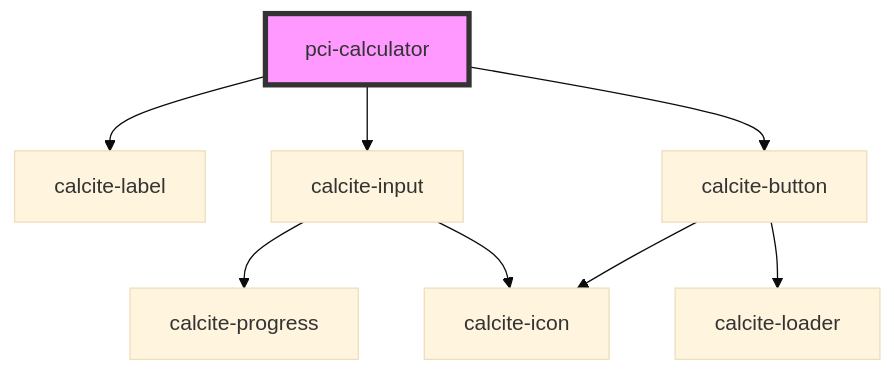
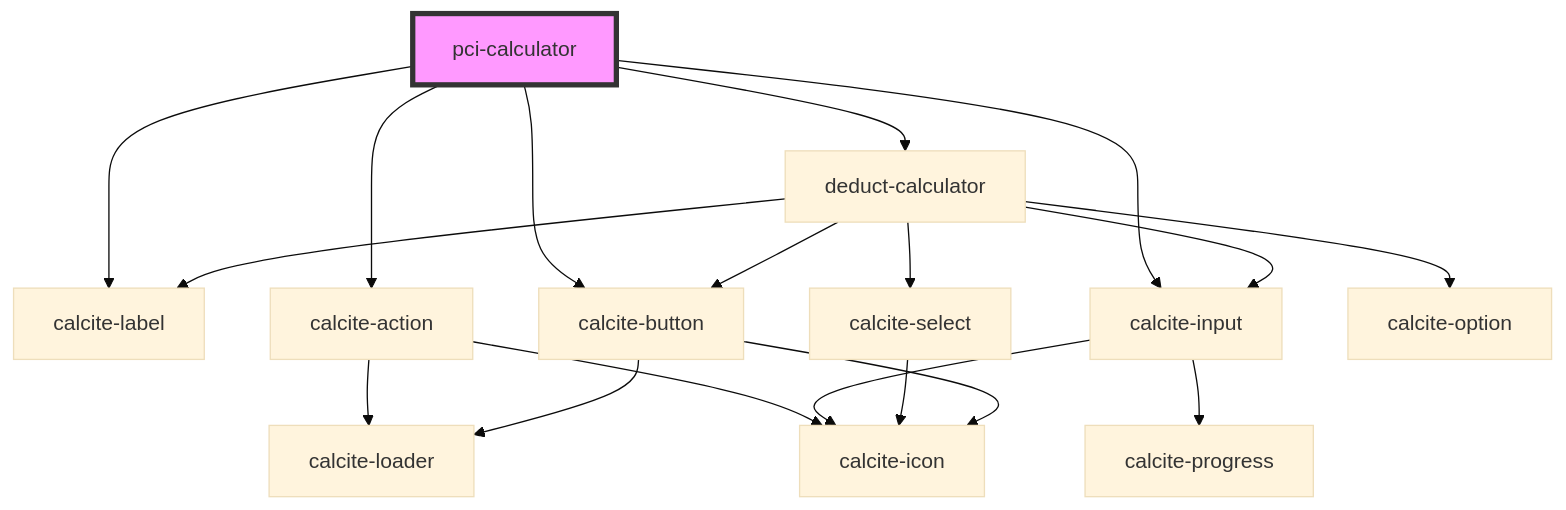
The diagram in src/components/pci-calculator/readme.md (Esri/solutions-components), drawn with Mermaid (base theme) before and after one commit. The commit also changed other lines of this file and 6 other files, not shown here.

Commit message:
add deduct calc to pci demo component

````diff
--- a/src/components/pci-calculator/readme.md
+++ b/src/components/pci-calculator/readme.md
@@ -17,11 +19,21 @@
 ```mermaid
 graph TD;
   pci-calculator --> calcite-label
+  pci-calculator --> calcite-action
+  pci-calculator --> deduct-calculator
   pci-calculator --> calcite-input
   pci-calculator --> calcite-button
+  calcite-action --> calcite-loader
+  calcite-action --> calcite-icon
+  deduct-calculator --> calcite-label
+  deduct-calculator --> calcite-input
+  deduct-calculator --> calcite-select
+  deduct-calculator --> calcite-option
+  deduct-calculator --> calcite-button
   calcite-input --> calcite-progress
   calcite-input --> calcite-icon
+  calcite-select --> calcite-icon
   calcite-button --> calcite-loader
   calcite-button --> calcite-icon
   style pci-calculator fill:#f9f,stroke:#333,stroke-width:4px
 ```
````
